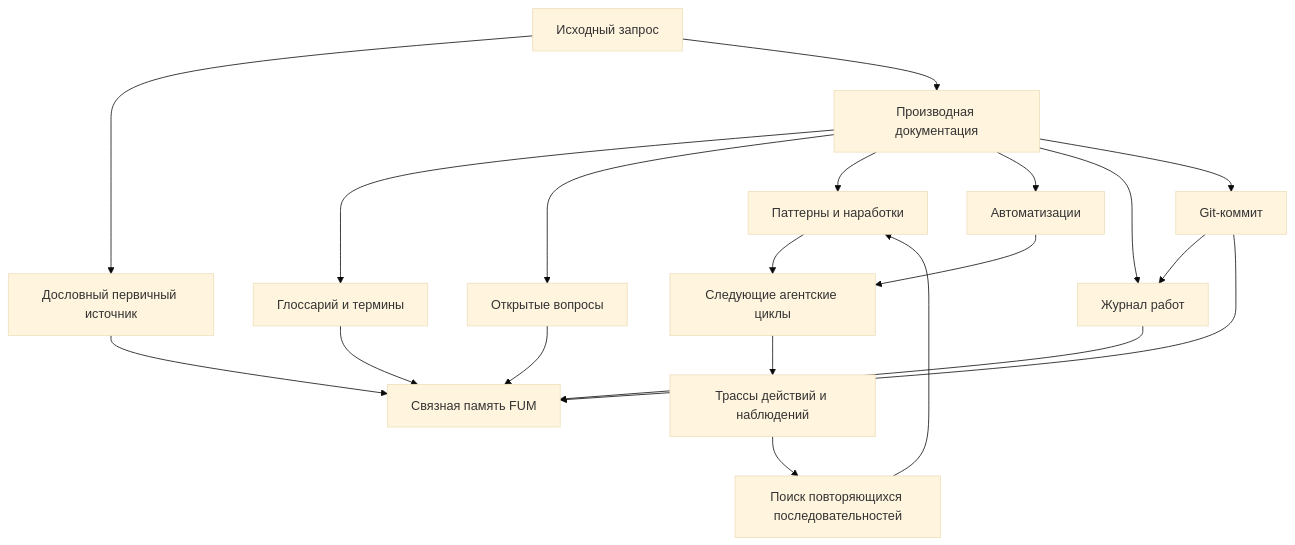
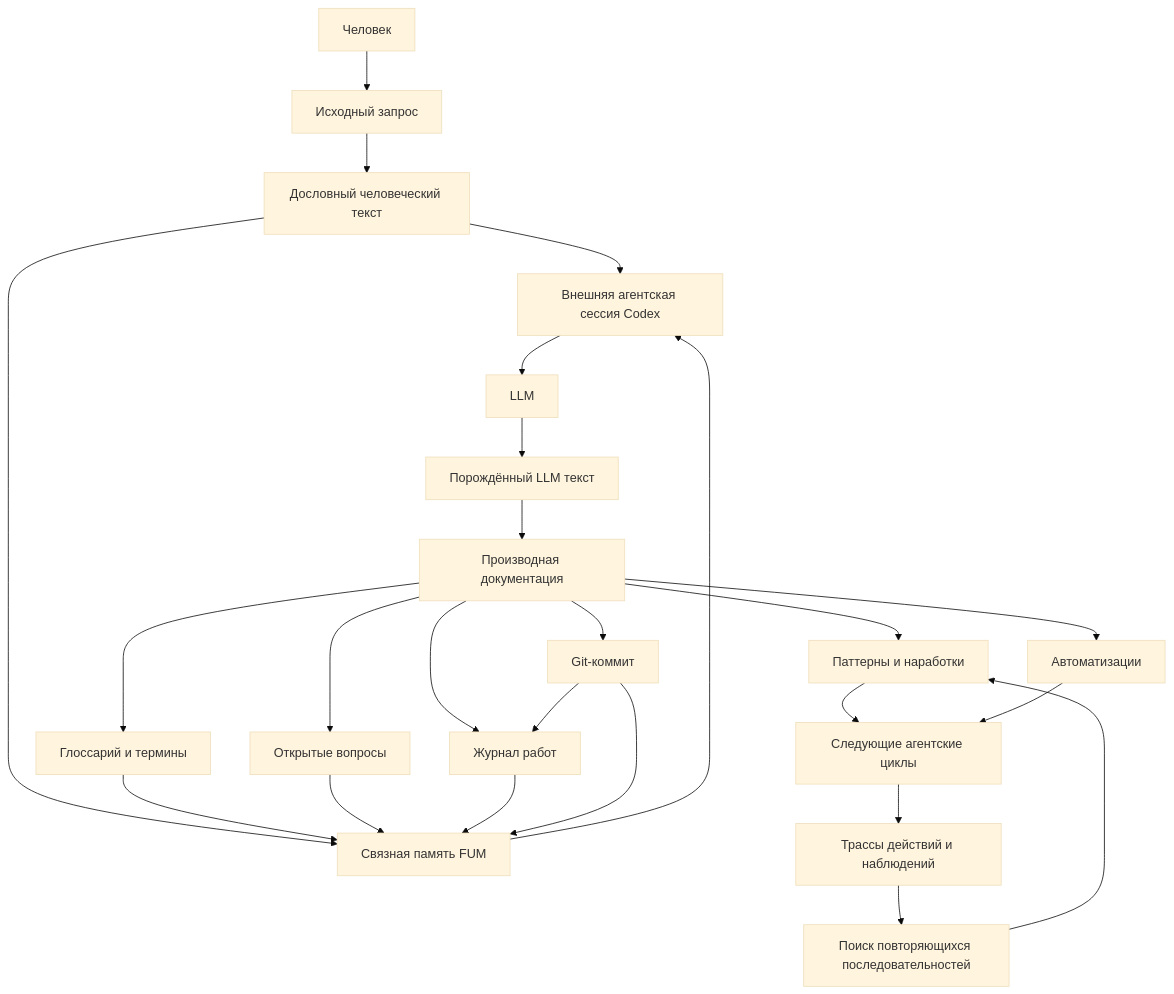
Before and after one commit to fum-lab/fum: the diagram in Документация/01-модель-памяти-FUM.md, drawn with Mermaid (base theme). The commit also changed other lines of this file and 16 other files, not shown here.

````diff
--- a/Документация/01-модель-памяти-FUM.md
+++ b/Документация/01-модель-памяти-FUM.md
@@ -19,22 +27,27 @@
 ```mermaid
 flowchart TD
-    request["Исходный запрос"] --> raw["Дословный первичный источник"]
-    request --> docs["Производная документация"]
+    human["Человек"] --> request["Исходный запрос"]
+    request --> raw["Дословный человеческий текст"]
+    raw --> codex["Внешняя агентская сессия Codex"]
+    memory --> codex
+    codex --> llm["LLM"]
+    llm --> generated["Порождённый LLM текст"]
+    generated --> docs["Производная документация"]
     docs --> glossary["Глоссарий и термины"]
     docs --> questions["Открытые вопросы"]
     docs --> patterns["Паттерны и наработки"]
     docs --> automations["Автоматизации"]
     docs --> journal["Журнал работ"]
     patterns --> cycles["Следующие агентские циклы"]
     automations --> cycles
     cycles --> traces["Трассы действий и наблюдений"]
     traces --> search["Поиск повторяющихся последовательностей"]
     search --> patterns
     docs --> commit["Git-коммит"]
     commit --> journal
     raw --> memory["Связная память FUM"]
     glossary --> memory
     questions --> memory
     journal --> memory
     commit --> memory
 ```
````
